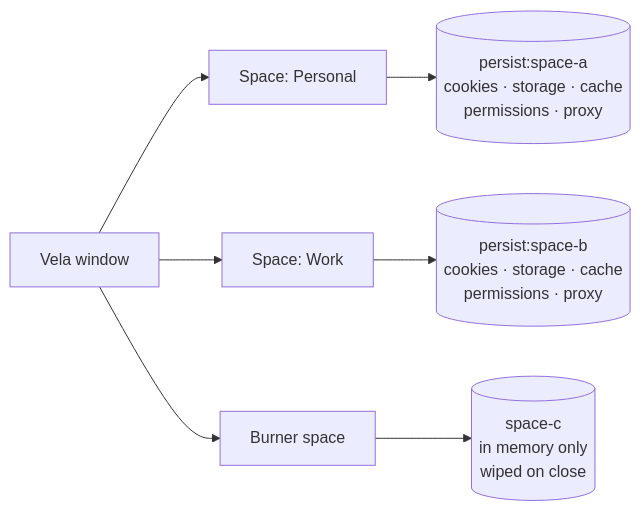
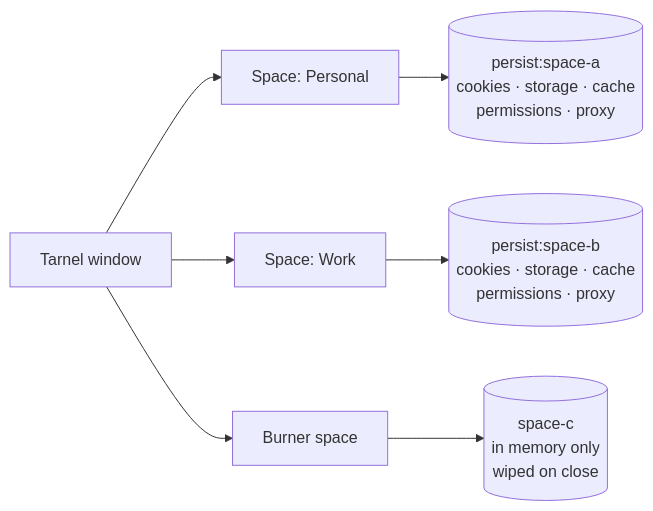
One commit to Aepzie/tarnel changed the diagram in docs/FEATURES.md. Above: the diagram before and after it, drawn with Mermaid. The commit also changed other lines of this file and 14 other files, not shown here.

First line of the commit message:
docs: rename Vela to Tarnel in docs and repo meta

````diff
--- a/docs/FEATURES.md
+++ b/docs/FEATURES.md
@@ -20,10 +20,10 @@
 ```mermaid
 flowchart LR
-    W[Vela window] --> P[Space: Personal]
+    W[Tarnel window] --> P[Space: Personal]
     W --> K[Space: Work]
     W --> B[Burner space]
 
     P --> PP[("persist:space-a<br/>cookies · storage · cache<br/>permissions · proxy")]
     K --> KP[("persist:space-b<br/>cookies · storage · cache<br/>permissions · proxy")]
     B --> BP[("space-c<br/>in memory only<br/>wiped on close")]
 ```
````
